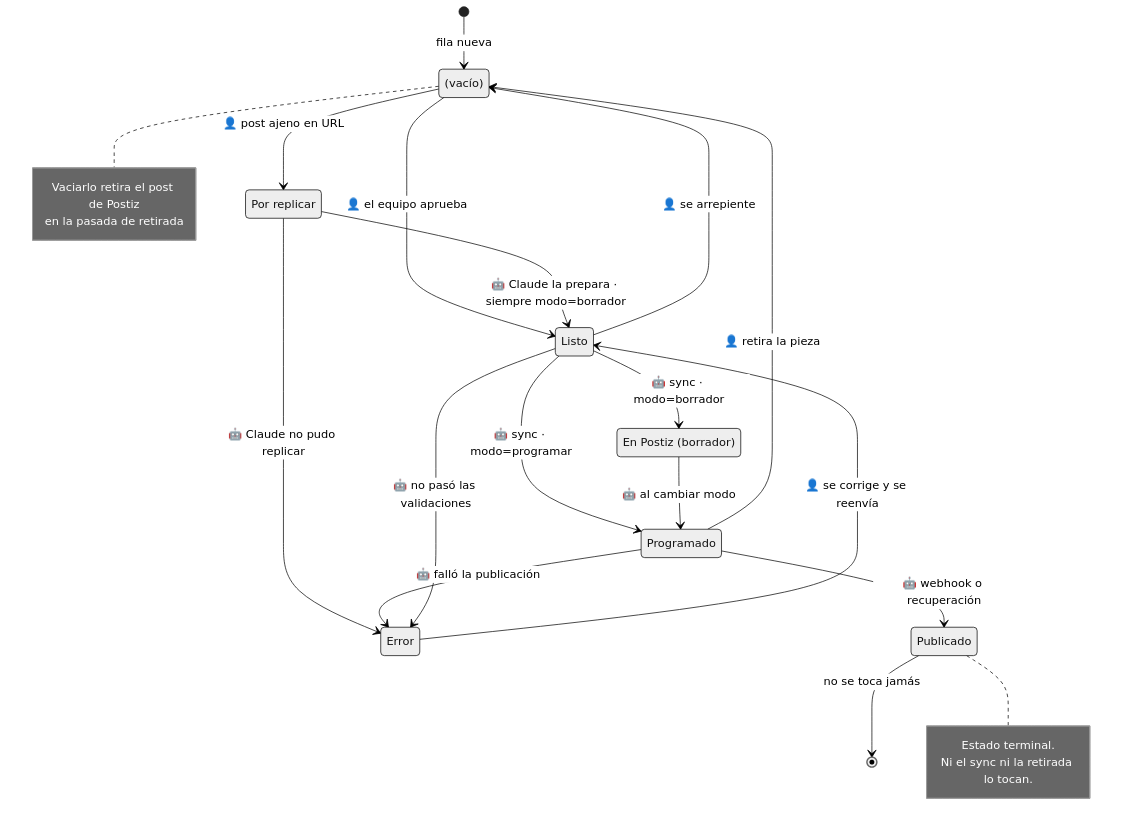
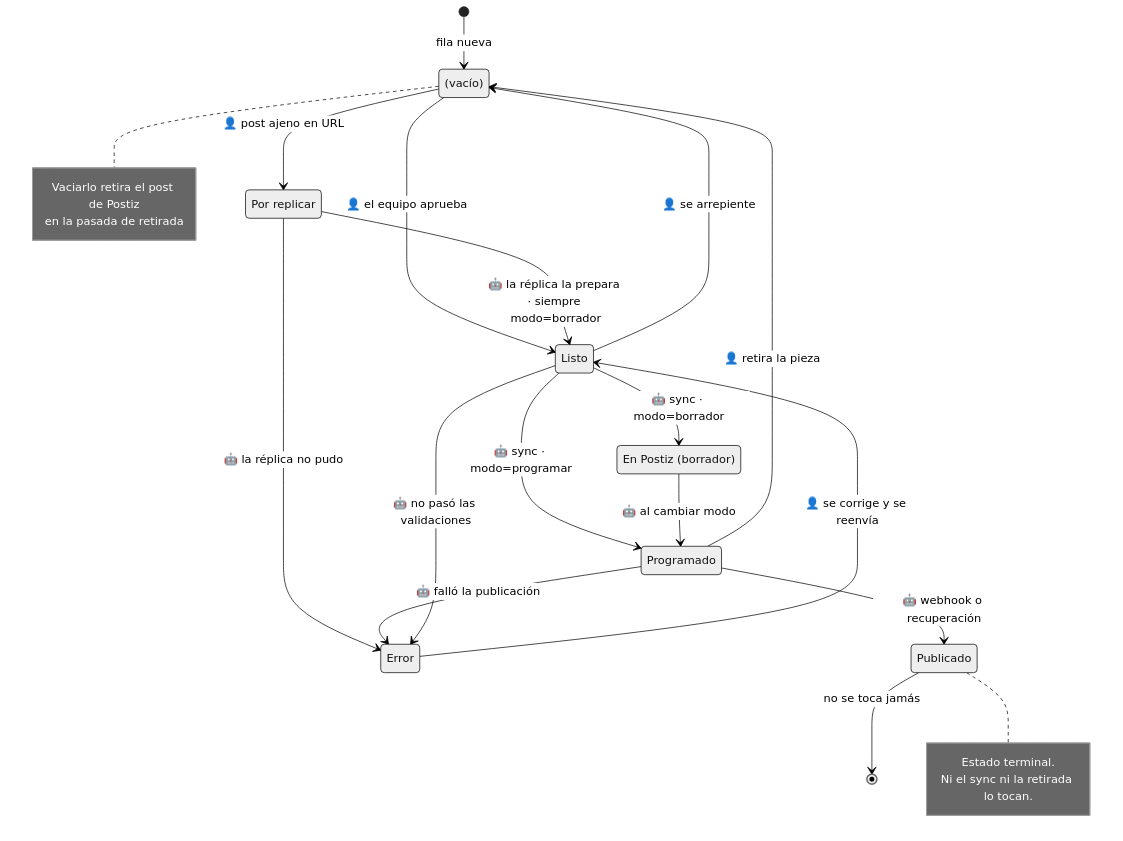
The eighth of 11 diagrams in docs/architecture/CONTENT_PIPELINE_DIAGRAMS.md (dustin-calderon/postiz-app), drawn with Mermaid (neutral theme) before and after one commit. The commit also changed other lines of this file and 1 other file, not shown here.

Commit message:
docs(pipeline): lo que decía de Por replicar y ya no es verdad
La réplica sí lee Por replicar (no lo lee ningún workflow de publicación), y
una fila que se rehace sí tiene post en Postiz. «Claude» pasa a «la réplica»
donde lo escribe código, no solo el modelo.

````diff
--- a/docs/architecture/CONTENT_PIPELINE_DIAGRAMS.md
+++ b/docs/architecture/CONTENT_PIPELINE_DIAGRAMS.md
@@ -294,34 +294,34 @@
 ```mermaid
 stateDiagram-v2
     [*] --> Vacio: fila nueva
     Vacio: (vacío)
 
     Vacio --> Listo: 👤 el equipo aprueba
     Vacio --> PorReplicar: 👤 post ajeno en URL
     PorReplicar: Por replicar
-    PorReplicar --> Listo: 🤖 Claude la prepara · siempre modo=borrador
-    PorReplicar --> Error: 🤖 Claude no pudo replicar
+    PorReplicar --> Listo: 🤖 la réplica la prepara · siempre modo=borrador
+    PorReplicar --> Error: 🤖 la réplica no pudo
     Listo --> Programado: 🤖 sync · modo=programar
     Listo --> EnPostiz: 🤖 sync · modo=borrador
     EnPostiz: En Postiz (borrador)
 
     Programado --> Publicado: 🤖 webhook o recuperación
     Programado --> Error: 🤖 falló la publicación
     Listo --> Error: 🤖 no pasó las validaciones
     EnPostiz --> Programado: 🤖 al cambiar modo
 
     Error --> Listo: 👤 se corrige y se reenvía
     Programado --> Vacio: 👤 retira la pieza
     Listo --> Vacio: 👤 se arrepiente
 
     Publicado --> [*]: no se toca jamás
 
     note right of Vacio
         Vaciarlo retira el post de Postiz
         en la pasada de retirada
     end note
     note right of Publicado
         Estado terminal.
         Ni el sync ni la retirada lo tocan.
     end note
 ```
````
